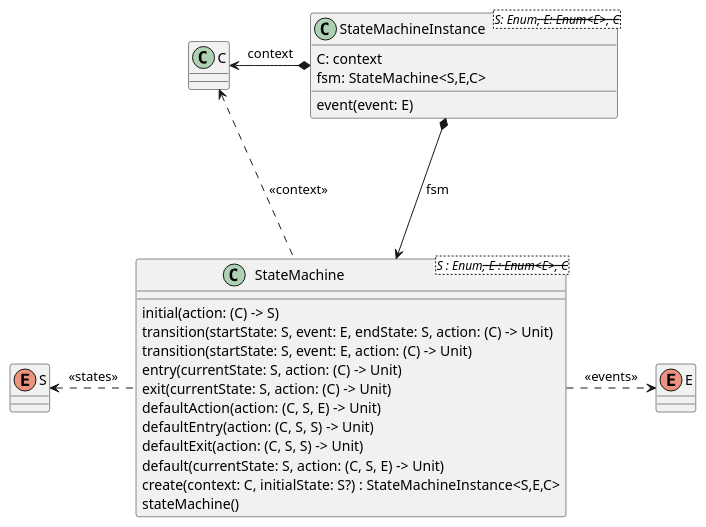
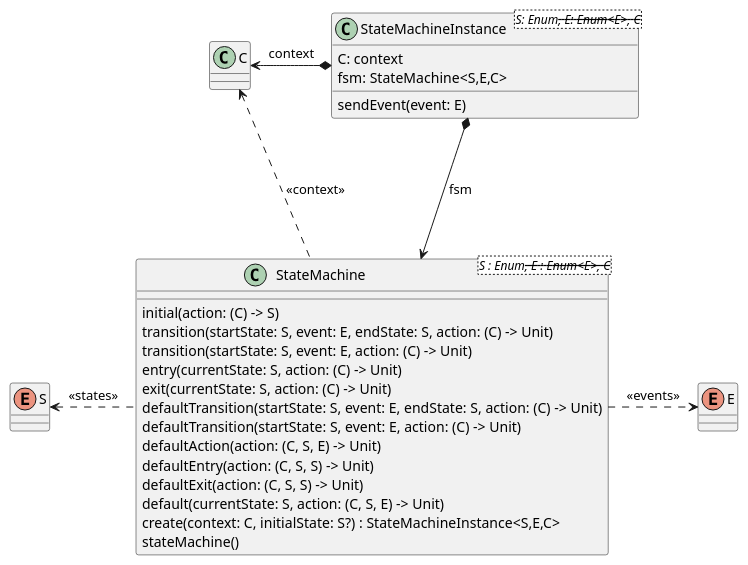
One commit to open-jumpco/kfsm changed the diagram in src/doc/plantuml/statemachine-model.plantuml. Above: the diagram before and after it, drawn with PlantUML. The commit also changed 18 other files, not shown here.

Commit message:
renamed `event` to `on` in DSL and `event` to `sendEvent` on `StateMachineInstance` added details tests that include tests for `guard`

```diff
--- a/src/doc/plantuml/statemachine-model.plantuml
+++ b/src/doc/plantuml/statemachine-model.plantuml
@@ -1,36 +1,38 @@
 @startuml
 
 class C {
 }
 enum S {
 }
 enum E {
 }
 
 class StateMachine<S : Enum<S>, E : Enum<E>, C> {
     initial(action: (C) -> S)
     transition(startState: S, event: E, endState: S, action: (C) -> Unit)
     transition(startState: S, event: E, action: (C) -> Unit)
     entry(currentState: S, action: (C) -> Unit)
     exit(currentState: S, action: (C) -> Unit)
+    defaultTransition(startState: S, event: E, endState: S, action: (C) -> Unit)
+    defaultTransition(startState: S, event: E, action: (C) -> Unit)
     defaultAction(action: (C, S, E) -> Unit)
     defaultEntry(action: (C, S, S) -> Unit)
     defaultExit(action: (C, S, S) -> Unit)
     default(currentState: S, action: (C, S, E) -> Unit)
     create(context: C, initialState: S?) : StateMachineInstance<S,E,C>
     stateMachine()
 }
 
 class StateMachineInstance<S: Enum<S>, E: Enum<E>, C> {
     C: context
     fsm: StateMachine<S,E,C>
-    event(event: E)
+    sendEvent(event: E)
 }
 StateMachine .left.> S : <<states>>
 StateMachine .right.> E : <<events>>
 StateMachine .up.> C : <<context>>
 
 StateMachineInstance *---> StateMachine : fsm
 StateMachineInstance *-left-> C : context
 
 @enduml
```
